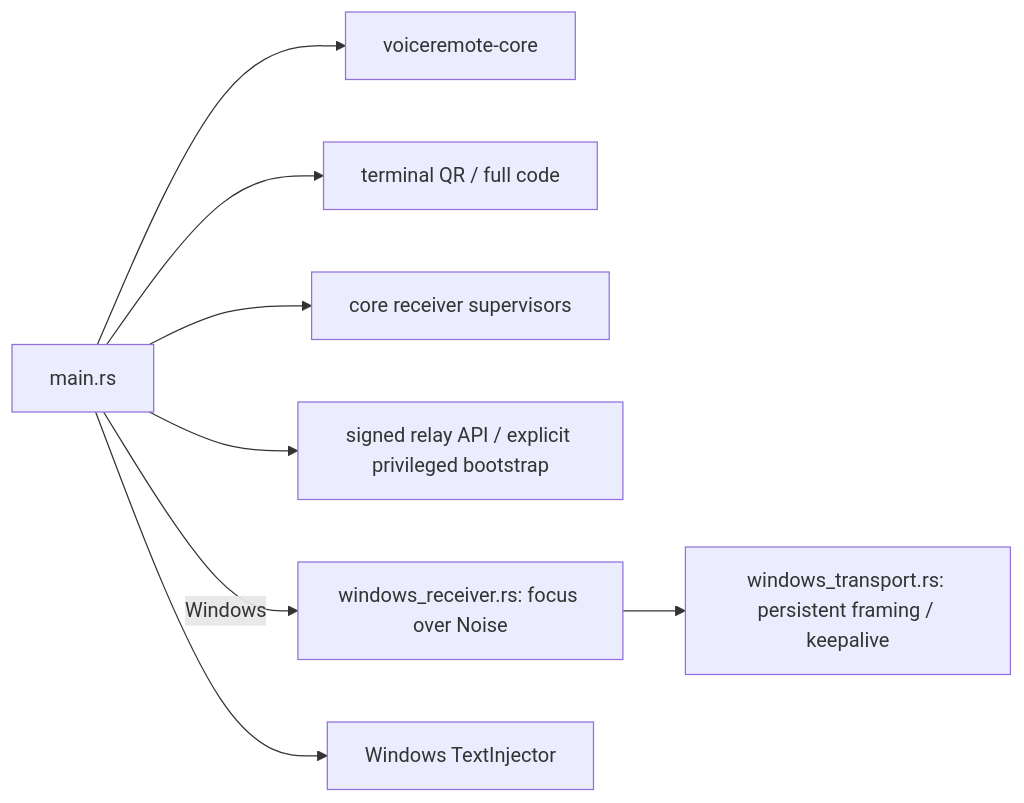
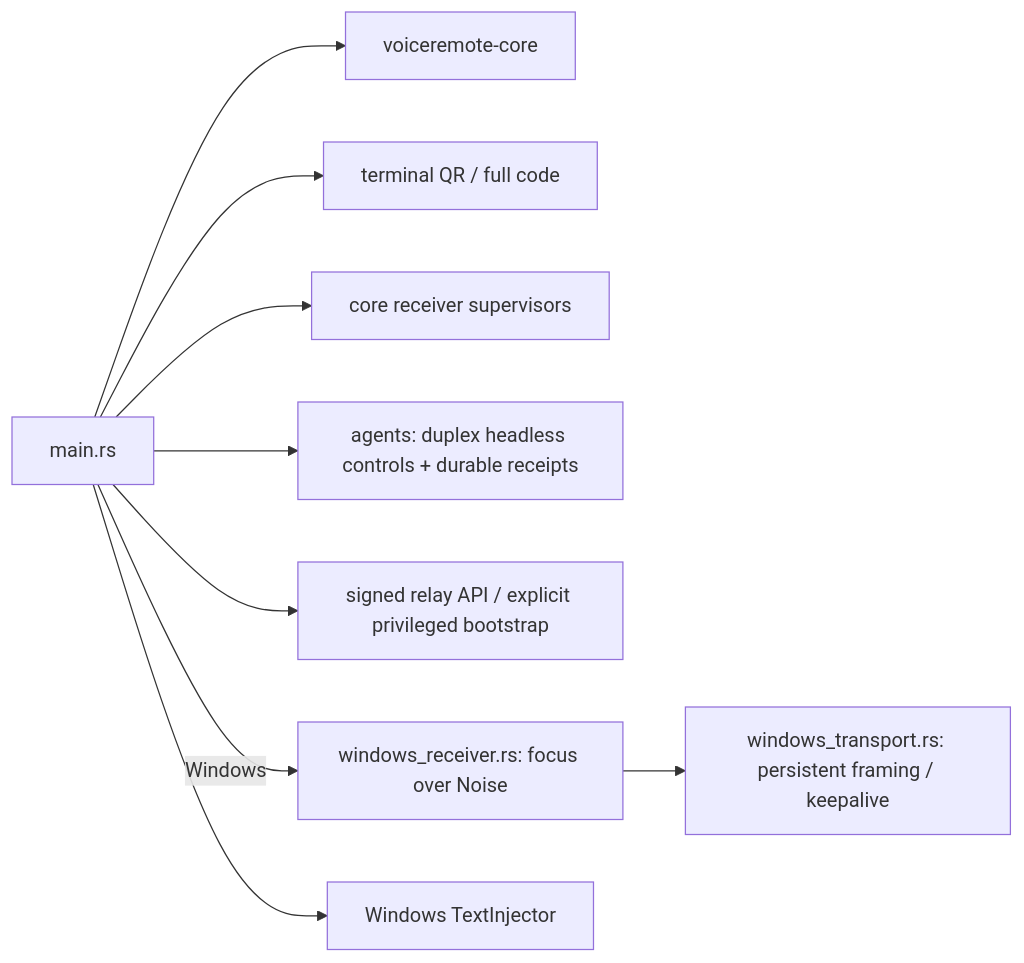
One commit to Harwasch/voiceremote changed the diagram in SW/desktop/crates/app/src/README.md. Above: the diagram before and after it, drawn with Mermaid. The commit also changed other lines of this file and 18 other files, not shown here.

````diff
--- a/SW/desktop/crates/app/src/README.md
+++ b/SW/desktop/crates/app/src/README.md
@@ -1,10 +1,11 @@
 ```mermaid
 flowchart LR
     main[main.rs] --> Core[voiceremote-core]
     main --> QR[terminal QR / full code]
     main --> Headless[core receiver supervisors]
+    main --> Agents[agents: duplex headless controls + durable receipts]
     main --> Relay[signed relay API / explicit privileged bootstrap]
     main -->|Windows| Win[windows_receiver.rs: focus over Noise]
     Win --> Wire[windows_transport.rs: persistent framing / keepalive]
     main --> Inject[Windows TextInjector]
 ```
````
